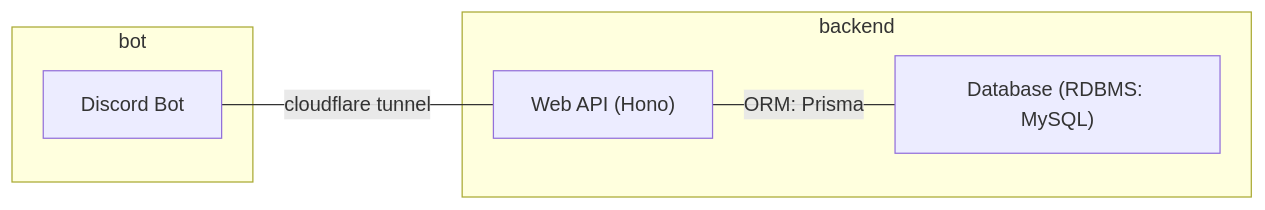
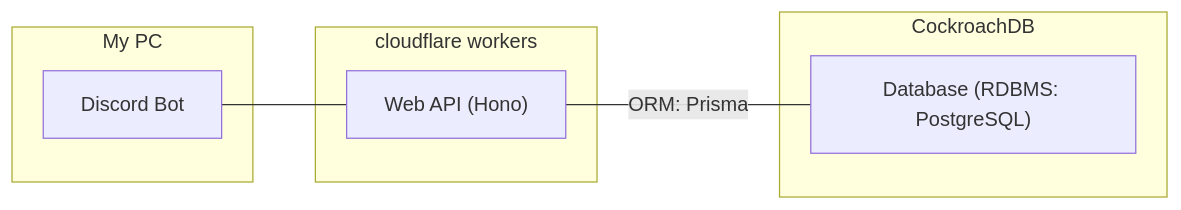
Before and after one commit to Myxogastria0808/DebtBot-production: the first of 2 diagrams in README.md, drawn with Mermaid. The commit also changed other lines of this file and 63 other files, not shown here.

````diff
--- a/README.md
+++ b/README.md
@@ -24,12 +28,14 @@
 ```mermaid
 flowchart LR;
-    discordBot[Discord Bot] --cloudflare tunnel--- webApi["Web API (Hono)"]
-    webApi["Web API (Hono)"] --ORM: Prisma--- db["Database (RDBMS: MySQL)"]
-    subgraph bot
+    discordBot[Discord Bot] --- webApi["Web API (Hono)"]
+    webApi["Web API (Hono)"] --ORM: Prisma--- db["Database (RDBMS: PostgreSQL)"]
+    subgraph My PC
     discordBot
     end
-    subgraph backend
+    subgraph cloudflare workers
     webApi
+    end
+    subgraph CockroachDB
     db
     end
 ```
````
